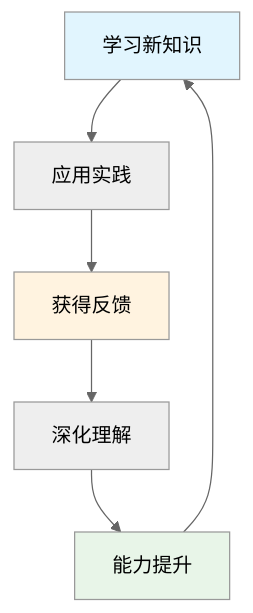
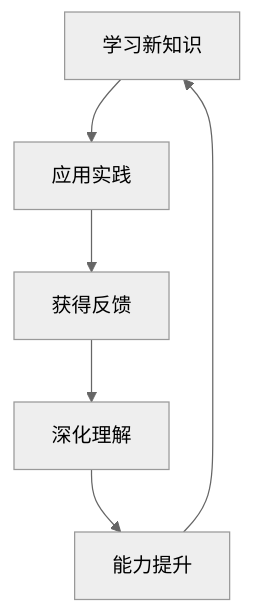
The second of 52 diagrams in _posts/2025-11-08-book-01-feynman-approach.md (fangkun119/tech-page), drawn with Mermaid (neutral theme) before and after one commit. The commit also changed other lines of this file and 1 other file, not shown here.

Commit message:
feat: adjust diagram color

````diff
--- a/_posts/2025-11-08-book-01-feynman-approach.md
+++ b/_posts/2025-11-08-book-01-feynman-approach.md
@@ -256,12 +252,8 @@
 ```mermaid
 graph TD
     A[学习新知识] --> B[应用实践]
     B --> C[获得反馈]
     C --> D[深化理解]
     D --> E[能力提升]
     E --> A
-
-    style A fill:#e1f5fe
-    style C fill:#fff3e0
-    style E fill:#e8f5e8
 ```
````
